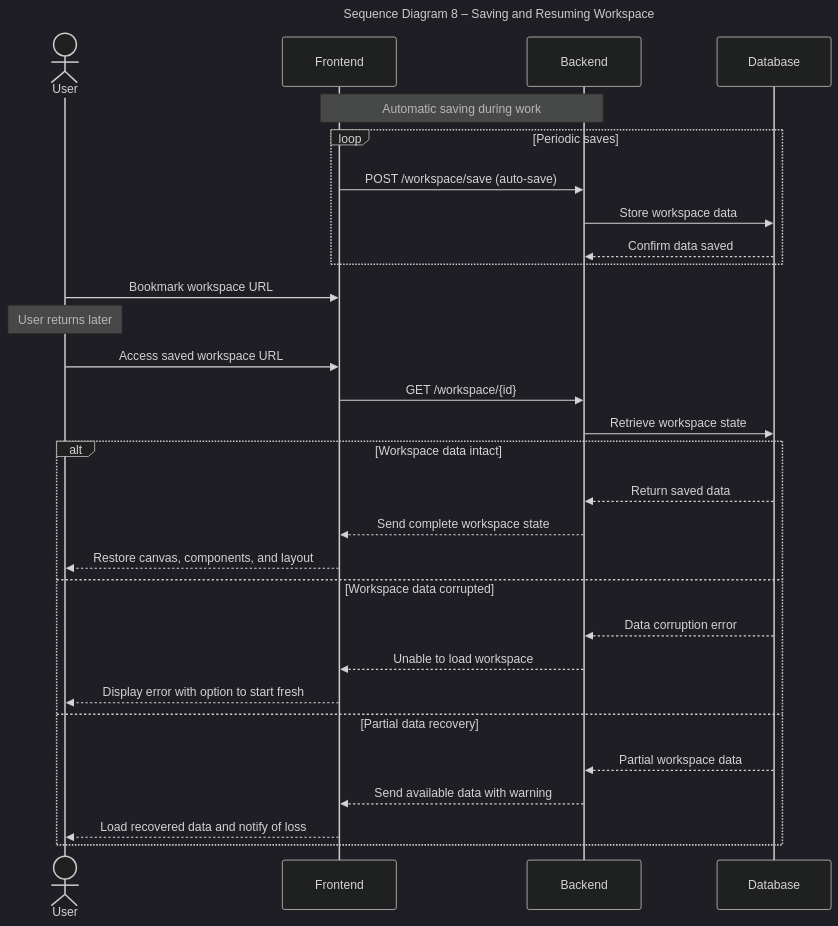
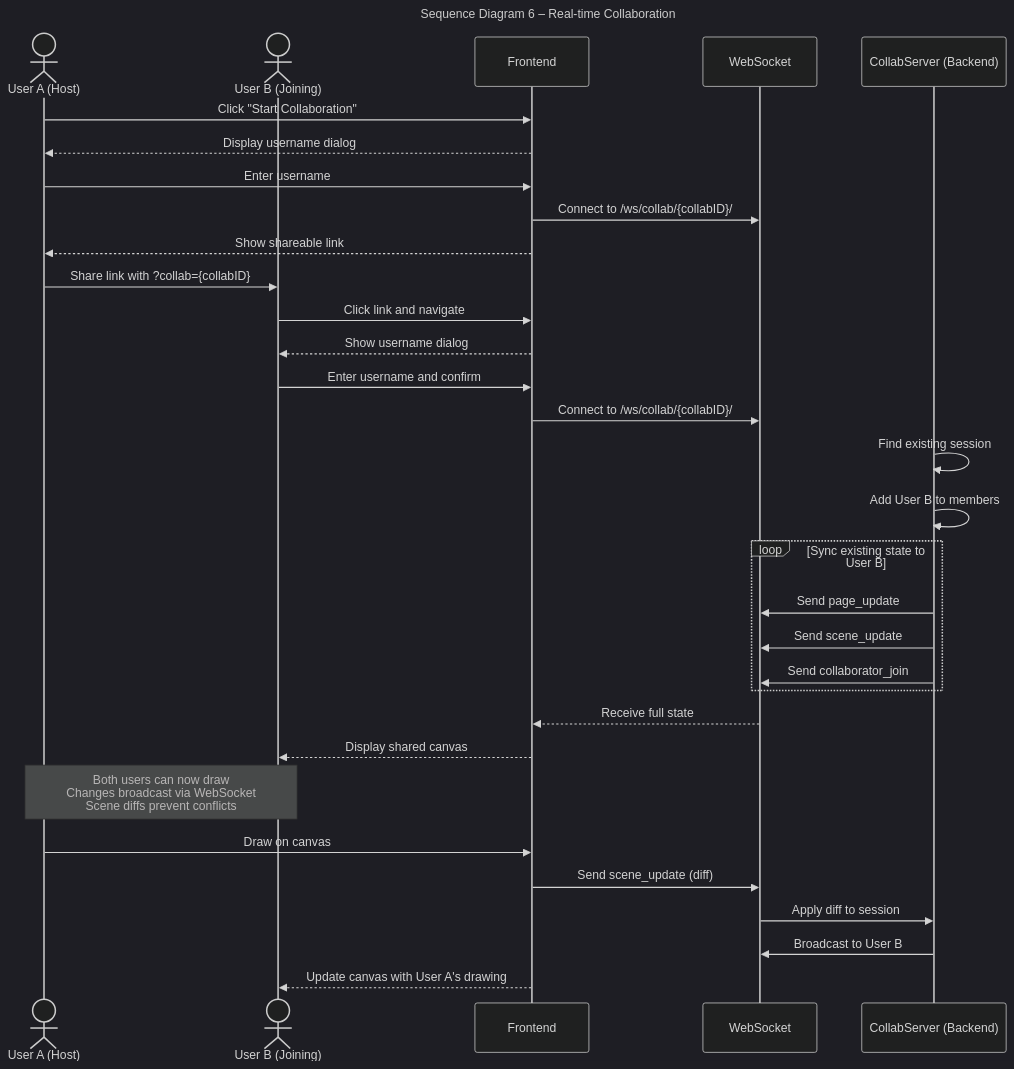
The sixth of 6 diagrams in documentation/docs/system-architecture/sequence-diagrams.md (Capstone-Projects-2025-Fall/project-001-sketch2screen), drawn with Mermaid (dark theme) before and after one commit. The commit also changed other lines of this file and 2 other files, not shown here.

Commit message:
Updated Sequence Diagrams section

````diff
--- a/documentation/docs/system-architecture/sequence-diagrams.md
+++ b/documentation/docs/system-architecture/sequence-diagrams.md
@@ -331,38 +262,44 @@
 ```mermaid
 ---
-title: Sequence Diagram 8 – Saving and Resuming Workspace
+title: Sequence Diagram 6 – Real-time Collaboration
 ---
 
 sequenceDiagram
-    actor User
+    actor UserA as User A (Host)
+    actor UserB as User B (Joining)
     participant Frontend
-    participant Backend
-    participant Database
+    participant WebSocket
+    participant CollabServer as CollabServer (Backend)
 
-    Note over Frontend,Backend: Automatic saving during work
-    loop Periodic saves
-        Frontend->>Backend: POST /workspace/save (auto-save)
-        Backend->>Database: Store workspace data
-        Database-->>Backend: Confirm data saved
+    UserA->>Frontend: Click "Start Collaboration"
+    Frontend-->>UserA: Display username dialog
+    UserA->>Frontend: Enter username
+    Frontend->>WebSocket: Connect to /ws/collab/{collabID}/
+    Frontend-->>UserA: Show shareable link
+
+    UserA->>UserB: Share link with ?collab={collabID}
+    UserB->>Frontend: Click link and navigate
+    Frontend-->>UserB: Show username dialog
+    UserB->>Frontend: Enter username and confirm
+    Frontend->>WebSocket: Connect to /ws/collab/{collabID}/
+
+    CollabServer->>CollabServer: Find existing session
+    CollabServer->>CollabServer: Add User B to members
+
+    loop Sync existing state to User B
+        CollabServer->>WebSocket: Send page_update
+        CollabServer->>WebSocket: Send scene_update
+        CollabServer->>WebSocket: Send collaborator_join
     end
 
-    User->>Frontend: Bookmark workspace URL
-    Note over User: User returns later
-    User->>Frontend: Access saved workspace URL
-    Frontend->>Backend: GET /workspace/{id}
-    Backend->>Database: Retrieve workspace state
+    WebSocket-->>Frontend: Receive full state
+    Frontend-->>UserB: Display shared canvas
 
-    alt Workspace data intact
-        Database-->>Backend: Return saved data
-        Backend-->>Frontend: Send complete workspace state
-        Frontend-->>User: Restore canvas, components, and layout
-    else Workspace data corrupted
-        Database-->>Backend: Data corruption error
-        Backend-->>Frontend: Unable to load workspace
-        Frontend-->>User: Display error with option to start fresh
-    else Partial data recovery
-        Database-->>Backend: Partial workspace data
-        Backend-->>Frontend: Send available data with warning
-        Frontend-->>User: Load recovered data and notify of loss
-    end
+    Note over UserA,UserB: Both users can now draw<br/>Changes broadcast via WebSocket<br/>Scene diffs prevent conflicts
+
+    UserA->>Frontend: Draw on canvas
+    Frontend->>WebSocket: Send scene_update (diff)
+    WebSocket->>CollabServer: Apply diff to session
+    CollabServer->>WebSocket: Broadcast to User B
+    Frontend-->>UserB: Update canvas with User A's drawing
 ```
````
